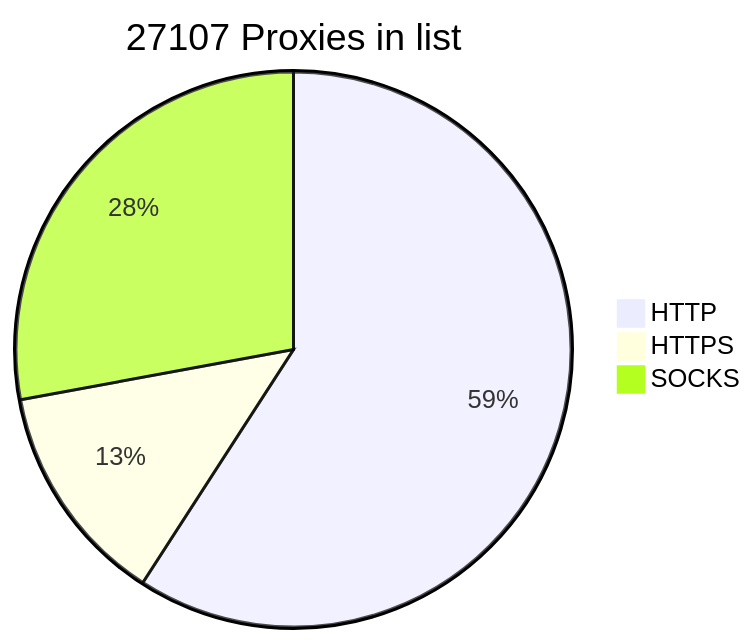
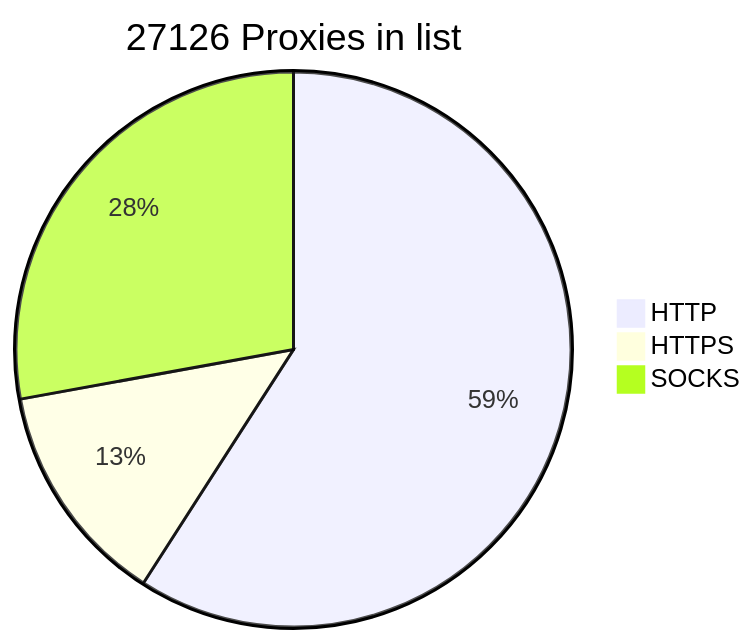
Before and after one commit to BlackSnowDot/proxylist-update-every-minute: the diagram in README.md, drawn with Mermaid.

````diff
--- a/README.md
+++ b/README.md
@@ -2,6 +2,6 @@
 ```mermaid
-pie title 27107 Proxies in list
-    "HTTP" : 17667
-    "HTTPS": 3874
+pie title 27126 Proxies in list
+    "HTTP" : 17680
+    "HTTPS": 3904
     "SOCKS" : 8336
 ```
````
